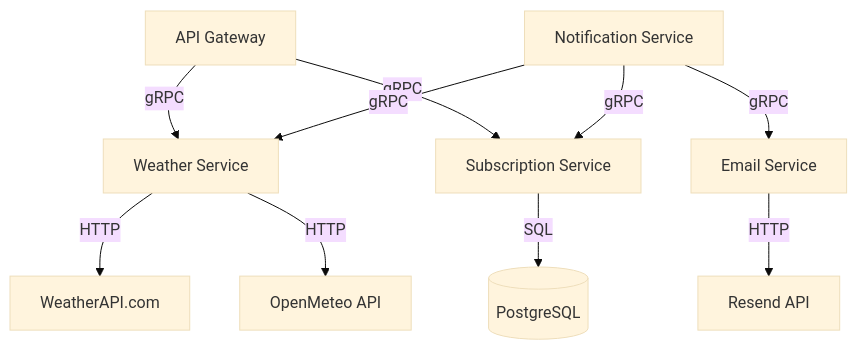
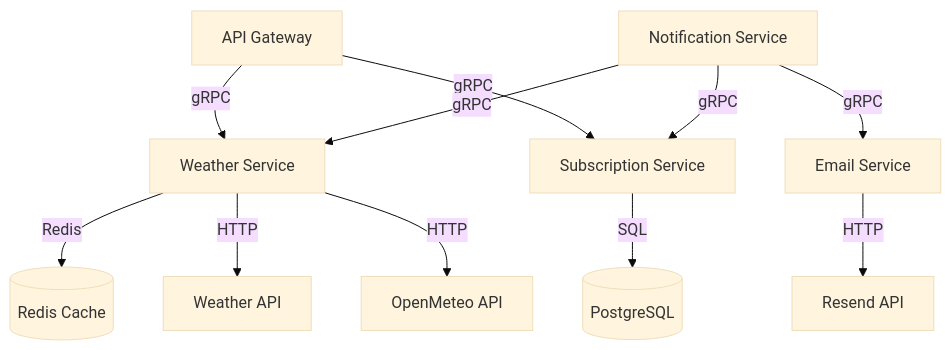
The diagram in docs/adr/adr-003.md (GenesisEducationKyiv/software-engineering-school-5-0-allohamora), drawn with Mermaid (base theme) before and after one commit.

Commit message:
docs: add Redis to Architecture Diagram

````diff
--- a/docs/adr/adr-003.md
+++ b/docs/adr/adr-003.md
@@ -187,24 +187,26 @@
 ```mermaid
 graph TB
     Gateway[API Gateway]
     Weather[Weather Service]
     Subscription[Subscription Service]
     Notification[Notification Service]
     Email[Email Service]
 
-    PostgreSQL[(PostgreSQL)]
-    WeatherAPI[WeatherAPI.com]
+    PostgreSQL[("PostgreSQL")]
+    Redis[("Redis Cache")]
+    WeatherAPI[Weather API]
     OpenMeteo[OpenMeteo API]
     Resend[Resend API]
 
-    Gateway -->|gRPC| Weather
-    Gateway -->|gRPC| Subscription
-    Notification -->|gRPC| Subscription
-    Notification -->|gRPC| Weather
-    Notification -->|gRPC| Email
+    Gateway --> |gRPC| Weather
+    Gateway --> |gRPC| Subscription
+    Notification --> |gRPC| Subscription
+    Notification --> |gRPC| Weather
+    Notification --> |gRPC| Email
 
-    Subscription -->|SQL| PostgreSQL
-    Weather -->|HTTP| WeatherAPI
-    Weather -->|HTTP| OpenMeteo
-    Email -->|HTTP| Resend
+    Subscription --> |SQL| PostgreSQL
+    Weather --> |Redis| Redis
+    Weather --> |HTTP| WeatherAPI
+    Weather --> |HTTP| OpenMeteo
+    Email --> |HTTP| Resend
 ```
````
